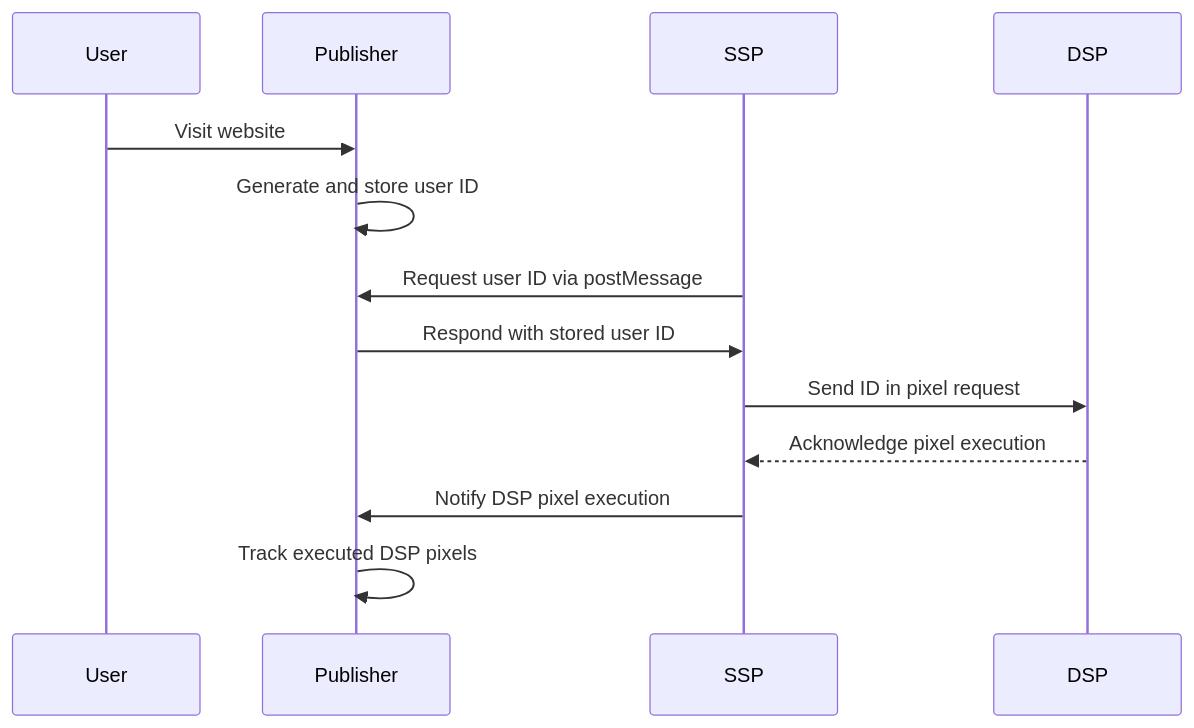
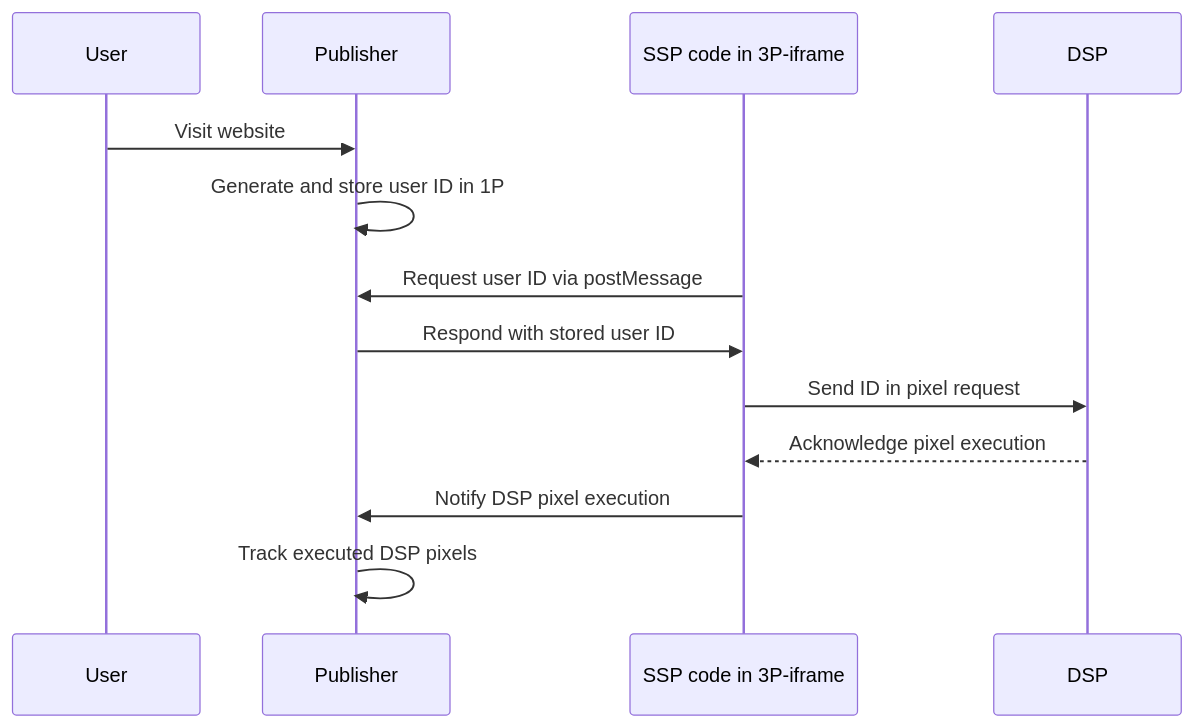
Before and after one commit to pm-harshad-mane/Diagrams: the diagram in first-party-syncup/diagram.md, drawn with Mermaid.

````diff
--- a/first-party-syncup/diagram.md
+++ b/first-party-syncup/diagram.md
@@ -1,16 +1,16 @@
 ```mermaid
 sequenceDiagram
     participant User
     participant Publisher
-    participant SSP
+    participant SSP as SSP code in 3P-iframe 
     participant DSP
     
     User->>Publisher: Visit website
-    Publisher->>Publisher: Generate and store user ID
+    Publisher->>Publisher: Generate and store user ID in 1P
     SSP->>Publisher: Request user ID via postMessage
     Publisher->>SSP: Respond with stored user ID
     SSP->>DSP: Send ID in pixel request
     DSP-->>SSP: Acknowledge pixel execution
     SSP->>Publisher: Notify DSP pixel execution
     Publisher->>Publisher: Track executed DSP pixels
 ```
````
